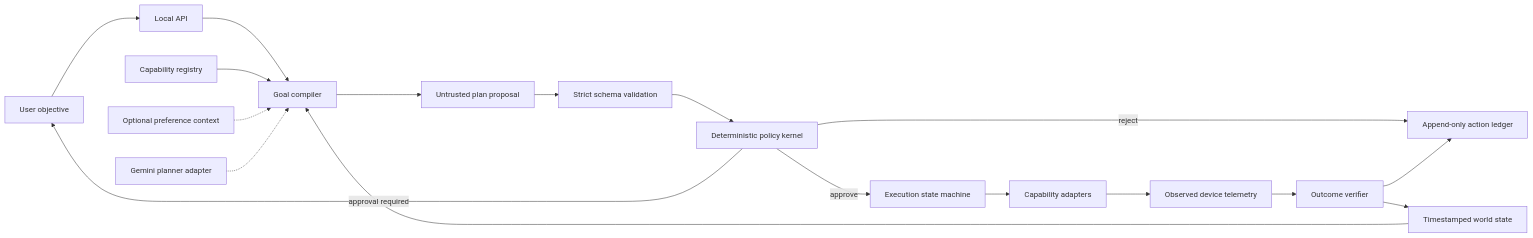
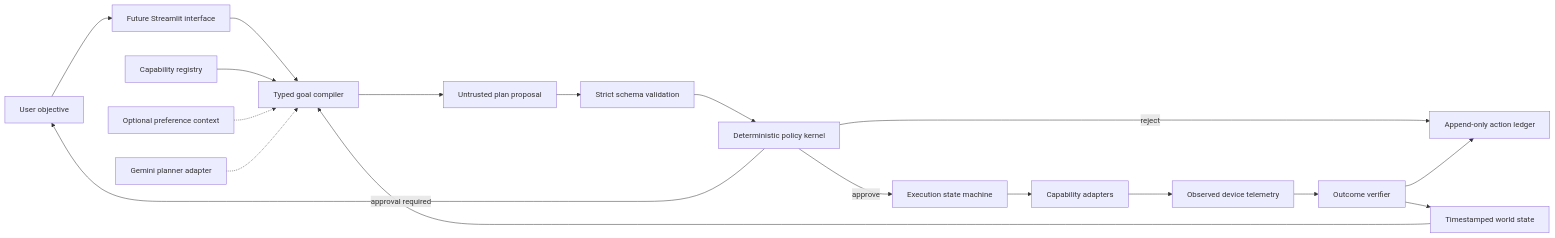
Before and after one commit to Vedangalle/handsoff: the first of 2 diagrams in docs/architecture.md, drawn with Mermaid. The commit also changed other lines of this file and 60 other files, not shown here.

````diff
--- a/docs/architecture.md
+++ b/docs/architecture.md
@@ -34,20 +34,20 @@
 ```mermaid
 flowchart LR
-    U["User objective"] --> API["Local API"]
-    API --> GC["Goal compiler"]
+    U["User objective"] --> UI["Future Streamlit interface"]
+    UI --> GC["Typed goal compiler"]
     WS["Timestamped world state"] --> GC
     CR["Capability registry"] --> GC
     PM["Optional preference context"] -.-> GC
     GM["Gemini planner adapter"] -.-> GC
     GC --> PP["Untrusted plan proposal"]
     PP --> SV["Strict schema validation"]
     SV --> PK["Deterministic policy kernel"]
     PK -->|reject| AL["Append-only action ledger"]
     PK -->|approval required| U
     PK -->|approve| EX["Execution state machine"]
     EX --> DA["Capability adapters"]
     DA --> OBS["Observed device telemetry"]
     OBS --> VF["Outcome verifier"]
     VF --> WS
     VF --> AL
 ```
````
